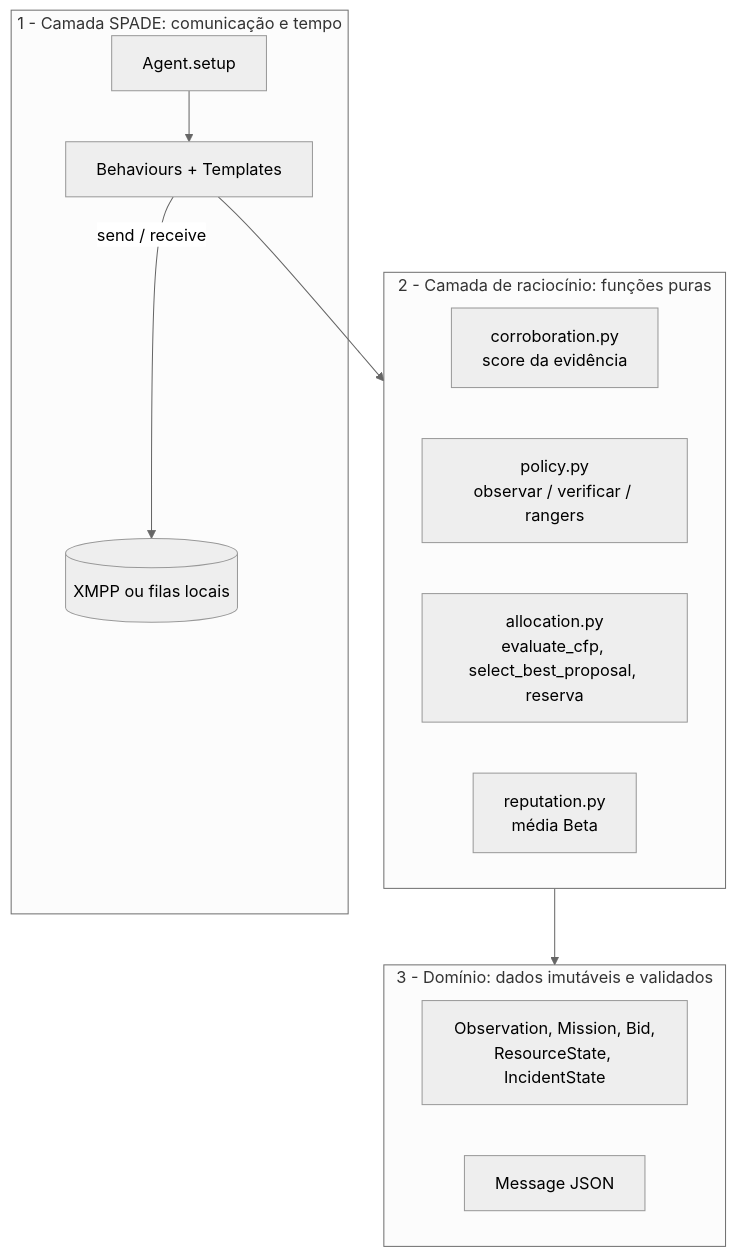
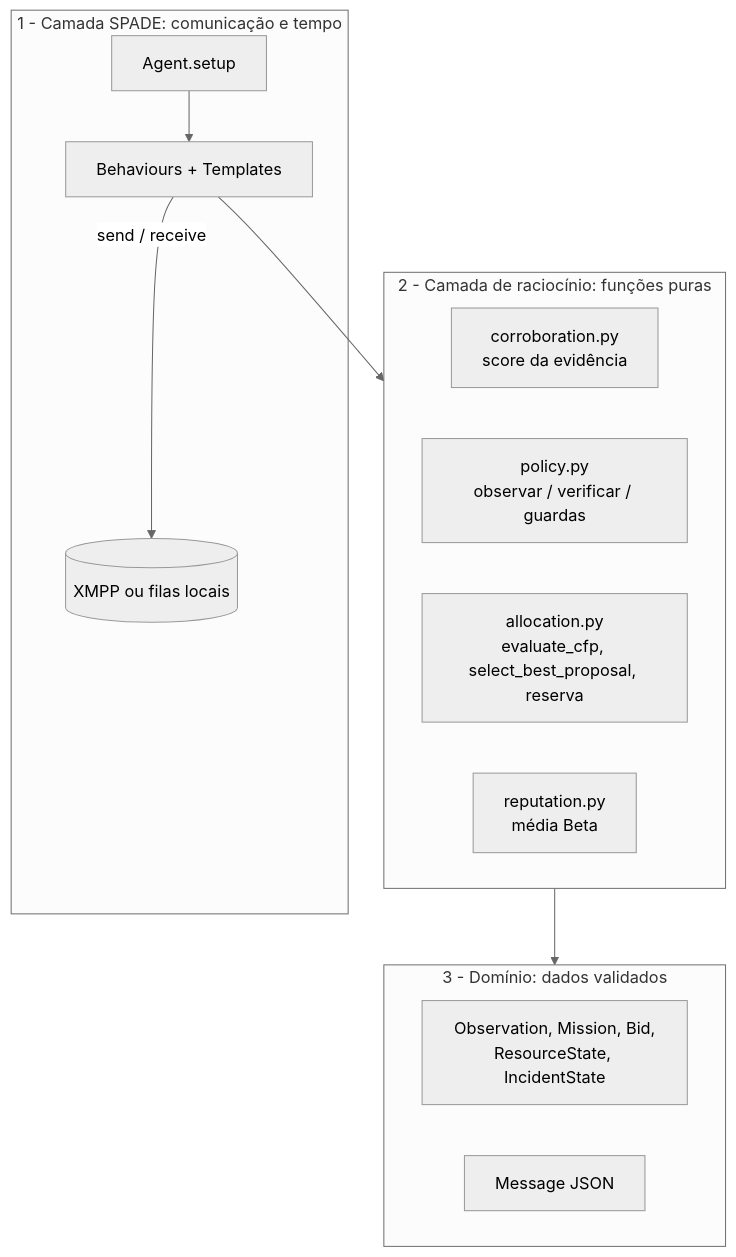
The second of 6 diagrams in docs/architecture.md (Afonsopereira1/Agents-Project), drawn with Mermaid (neutral theme) before and after one commit. The commit also changed other lines of this file and 22 other files, not shown here.

````diff
--- a/docs/architecture.md
+++ b/docs/architecture.md
@@ -68,18 +72,18 @@
 ```mermaid
 flowchart TB
     subgraph SPADE["1 - Camada SPADE: comunicação e tempo"]
         AG[Agent.setup] --> BH[Behaviours + Templates]
         BH -->|send / receive| XMPP[(XMPP ou filas locais)]
     end
     subgraph RAC["2 - Camada de raciocínio: funções puras"]
         R1[corroboration.py<br/>score da evidência]
-        R2[policy.py<br/>observar / verificar / rangers]
+        R2[policy.py<br/>observar / verificar / guardas]
         R3[allocation.py<br/>evaluate_cfp, select_best_proposal, reserva]
         R4[reputation.py<br/>média Beta]
     end
-    subgraph DOM["3 - Domínio: dados imutáveis e validados"]
+    subgraph DOM["3 - Domínio: dados validados"]
         D1[Observation, Mission, Bid,<br/>ResourceState, IncidentState]
         D2[Message JSON]
     end
     BH --> RAC --> DOM
 ```
````
